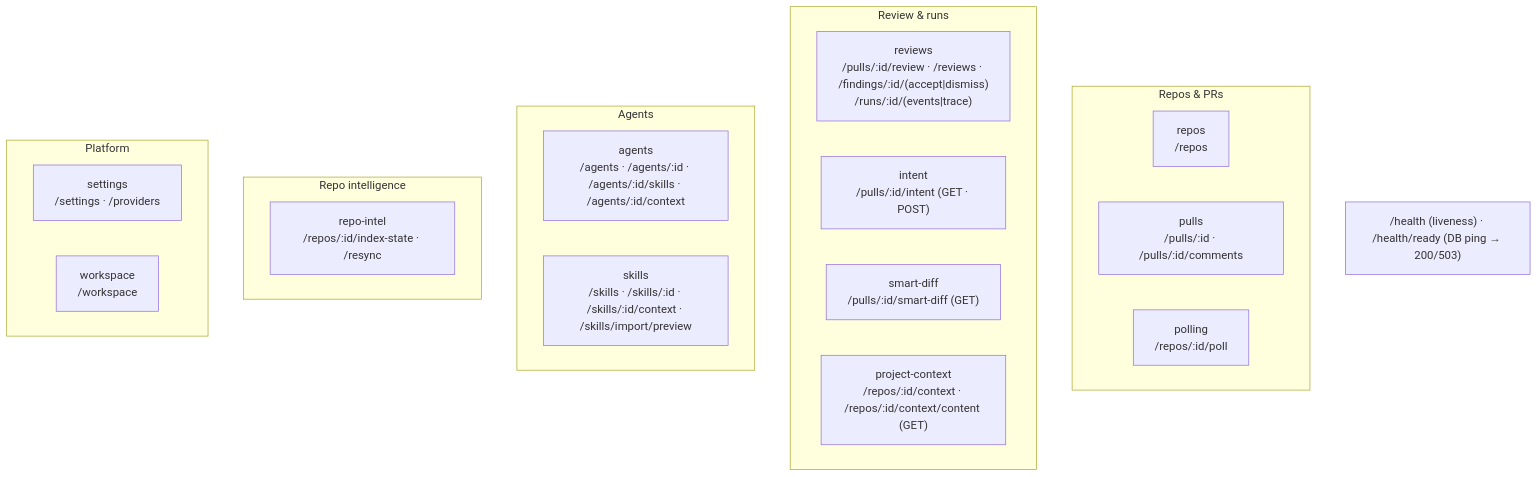
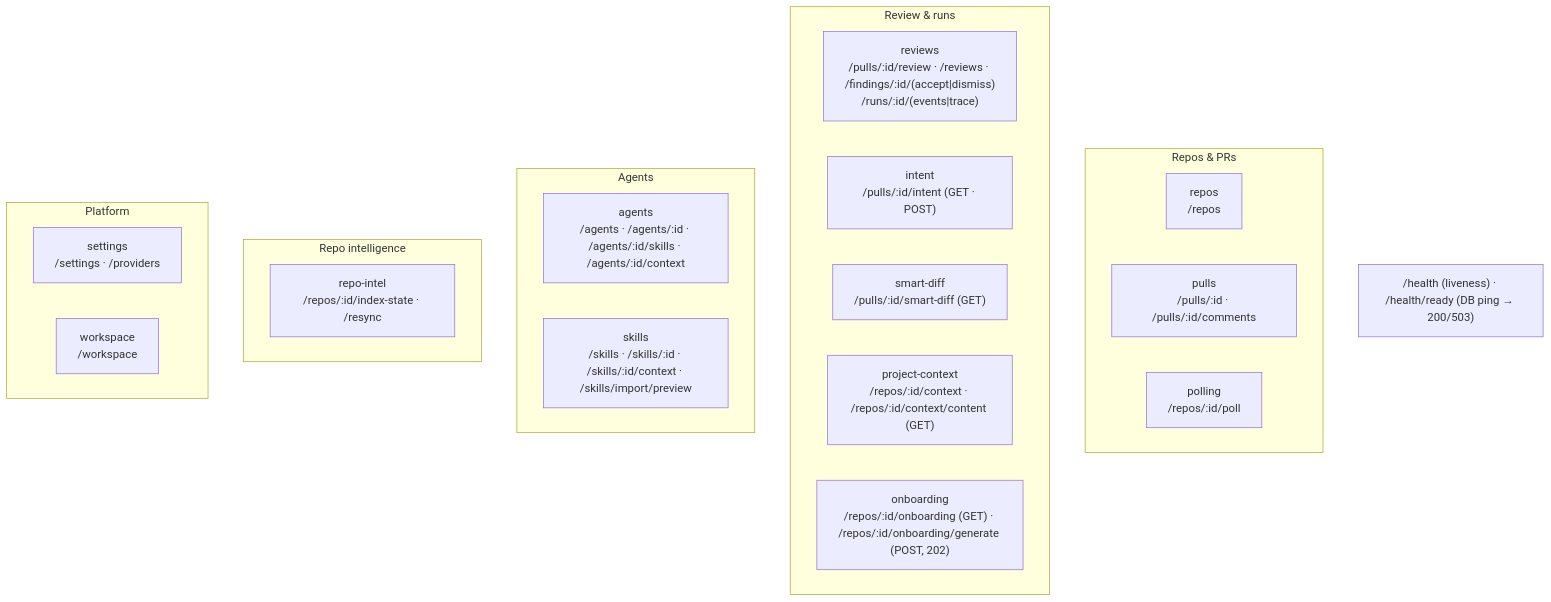
The second of 2 diagrams in server/README.md (artemmmon/dev-digest), drawn with Mermaid before and after one commit. The commit also changed other lines of this file and 6 other files, not shown here.

````diff
--- a/server/README.md
+++ b/server/README.md
@@ -69,26 +69,27 @@
 ```mermaid
 flowchart TB
   subgraph Repos_PRs["Repos & PRs"]
     repos["repos<br/>/repos"]
     pulls["pulls<br/>/pulls/:id · /pulls/:id/comments"]
     polling["polling<br/>/repos/:id/poll"]
   end
   subgraph Review["Review & runs"]
     reviews["reviews<br/>/pulls/:id/review · /reviews · /findings/:id/(accept|dismiss)<br/>/runs/:id/(events|trace)"]
     intent["intent<br/>/pulls/:id/intent (GET · POST)"]
     smartDiff["smart-diff<br/>/pulls/:id/smart-diff (GET)"]
     projectContext["project-context<br/>/repos/:id/context · /repos/:id/context/content (GET)"]
+    onboarding["onboarding<br/>/repos/:id/onboarding (GET) · /repos/:id/onboarding/generate (POST, 202)"]
   end
   subgraph Agents["Agents"]
     agents["agents<br/>/agents · /agents/:id · /agents/:id/skills · /agents/:id/context"]
     skills["skills<br/>/skills · /skills/:id · /skills/:id/context · /skills/import/preview"]
   end
   subgraph Intel["Repo intelligence"]
     repoIntel["repo-intel<br/>/repos/:id/index-state · /resync"]
   end
   subgraph Platform["Platform"]
     settings["settings<br/>/settings · /providers"]
     workspace["workspace<br/>/workspace"]
   end
   HEALTH["/health (liveness) · /health/ready (DB ping → 200/503)"]
 ```
````
